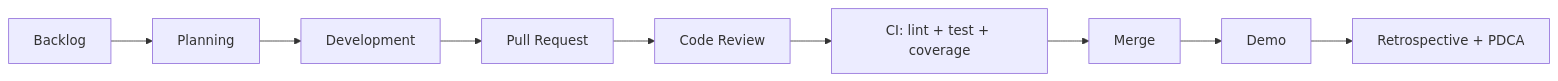
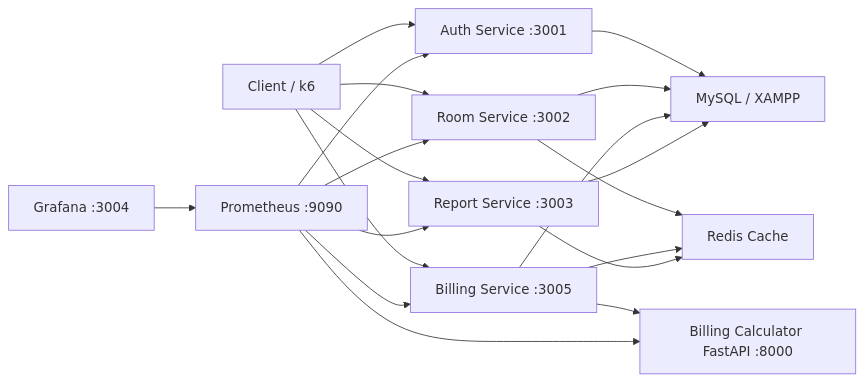
Before and after one commit to dungdao150L/Boarding-House-Management: the diagram in README.md, drawn with Mermaid. The commit also changed other lines of this file, not shown here.

````diff
--- a/README.md
+++ b/README.md
@@ -293,11 +7,21 @@
 ```mermaid
 flowchart LR
-  A["Backlog"] --> B["Planning"]
-  B --> C["Development"]
-  C --> D["Pull Request"]
-  D --> E["Code Review"]
-  E --> F["CI: lint + test + coverage"]
-  F --> G["Merge"]
-  G --> H["Demo"]
-  H --> I["Retrospective + PDCA"]
+  Client["Client / k6"] --> Auth["Auth Service :3001"]
+  Client --> Room["Room Service :3002"]
+  Client --> Billing["Billing Service :3005"]
+  Client --> Report["Report Service :3003"]
+  Billing --> Calculator["Billing Calculator FastAPI :8000"]
+  Auth --> MySQL["MySQL / XAMPP"]
+  Room --> MySQL
+  Billing --> MySQL
+  Report --> MySQL
+  Room --> Redis["Redis Cache"]
+  Billing --> Redis
+  Report --> Redis
+  Prom["Prometheus :9090"] --> Auth
+  Prom --> Room
+  Prom --> Billing
+  Prom --> Calculator
+  Prom --> Report
+  Grafana["Grafana :3004"] --> Prom
 ```
````
